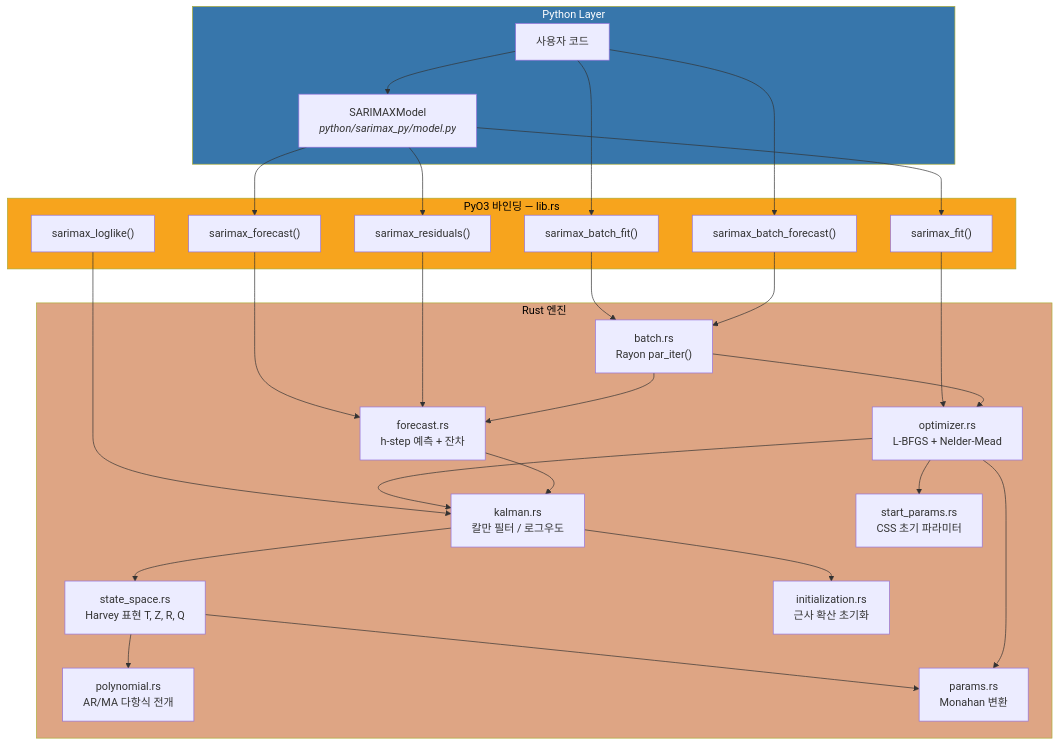
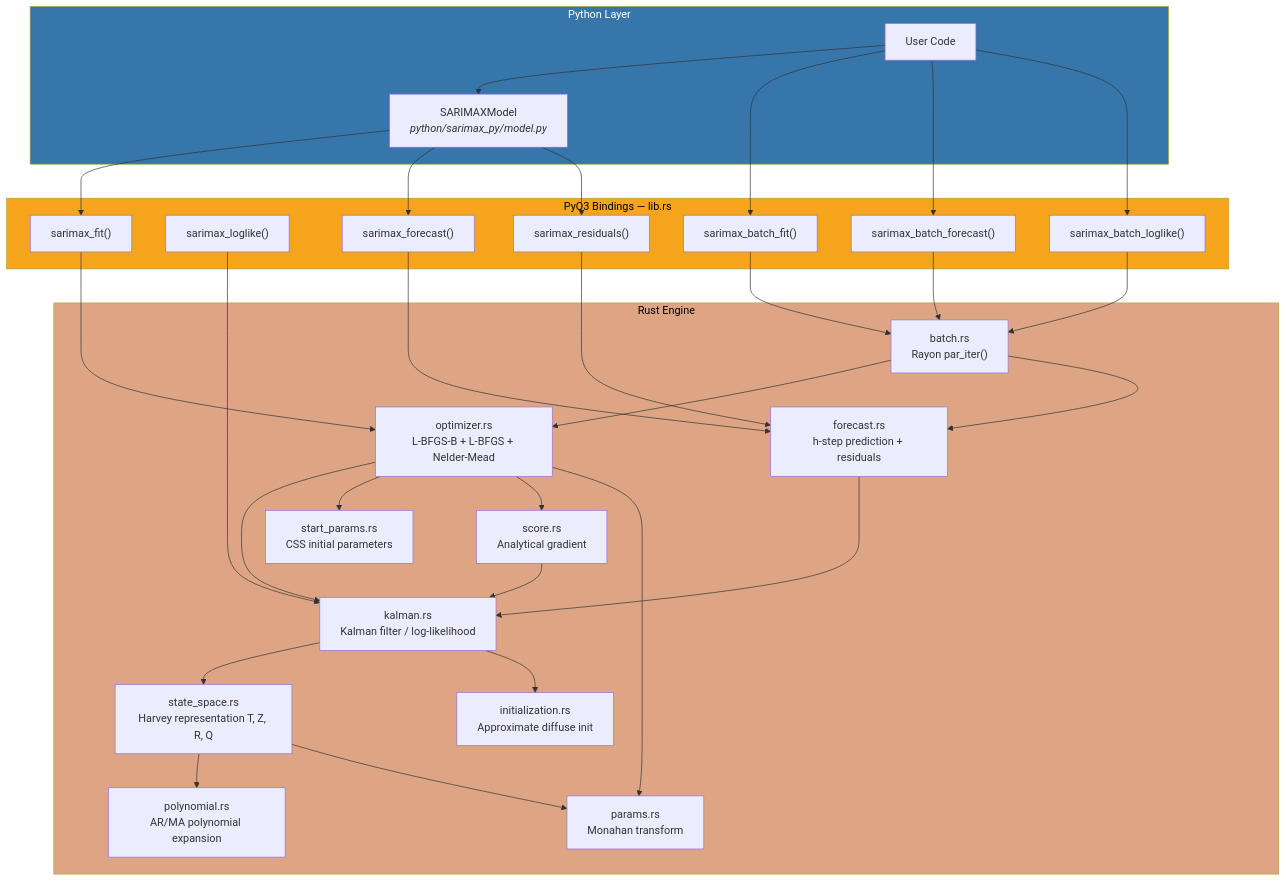
The first of 5 diagrams in README.md (zongseung/Rust-python-arima), drawn with Mermaid before and after one commit. The commit also changed other lines of this file and 5 other files, not shown here.

````diff
--- a/README.md
+++ b/README.md
@@ -126,57 +147,63 @@
 ```mermaid
 graph TB
     subgraph Python["Python Layer"]
-        USER["사용자 코드"]
+        USER["User Code"]
         MODEL["SARIMAXModel<br/><i>python/sarimax_py/model.py</i>"]
         USER --> MODEL
     end
 
-    subgraph PyO3["PyO3 바인딩 — lib.rs"]
+    subgraph PyO3["PyO3 Bindings — lib.rs"]
         FIT["sarimax_fit()"]
         LL["sarimax_loglike()"]
         FC["sarimax_forecast()"]
         RES["sarimax_residuals()"]
         BF["sarimax_batch_fit()"]
         BFC["sarimax_batch_forecast()"]
+        BLL["sarimax_batch_loglike()"]
     end
 
     MODEL --> FIT
     MODEL --> FC
     MODEL --> RES
     USER --> BF
     USER --> BFC
+    USER --> BLL
 
-    subgraph Rust["Rust 엔진"]
-        OPT["optimizer.rs<br/>L-BFGS + Nelder-Mead"]
-        KAL["kalman.rs<br/>칼만 필터 / 로그우도"]
-        FCAST["forecast.rs<br/>h-step 예측 + 잔차"]
+    subgraph Rust["Rust Engine"]
+        OPT["optimizer.rs<br/>L-BFGS-B + L-BFGS + Nelder-Mead"]
+        KAL["kalman.rs<br/>Kalman filter / log-likelihood"]
+        FCAST["forecast.rs<br/>h-step prediction + residuals"]
         BATCH["batch.rs<br/>Rayon par_iter()"]
-        SS["state_space.rs<br/>Harvey 표현 T, Z, R, Q"]
-        INIT["initialization.rs<br/>근사 확산 초기화"]
-        SP["start_params.rs<br/>CSS 초기 파라미터"]
-        POLY["polynomial.rs<br/>AR/MA 다항식 전개"]
-        PAR["params.rs<br/>Monahan 변환"]
+        SS["state_space.rs<br/>Harvey representation T, Z, R, Q"]
+        INIT["initialization.rs<br/>Approximate diffuse init"]
+        SP["start_params.rs<br/>CSS initial parameters"]
+        POLY["polynomial.rs<br/>AR/MA polynomial expansion"]
+        PAR["params.rs<br/>Monahan transform"]
+        SCR["score.rs<br/>Analytical gradient"]
     end
 
     FIT --> OPT
     LL --> KAL
     FC --> FCAST
     RES --> FCAST
     BF --> BATCH
     BFC --> BATCH
+    BLL --> BATCH
 
     BATCH --> OPT
     BATCH --> FCAST
     OPT --> KAL
     OPT --> SP
+    OPT --> SCR
     FCAST --> KAL
     KAL --> SS
     KAL --> INIT
     SS --> POLY
     SS --> PAR
     OPT --> PAR
+    SCR --> KAL
 
     style Python fill:#3776ab,color:#fff
     style PyO3 fill:#f7a41d,color:#000
     style Rust fill:#dea584,color:#000
 ```
````
